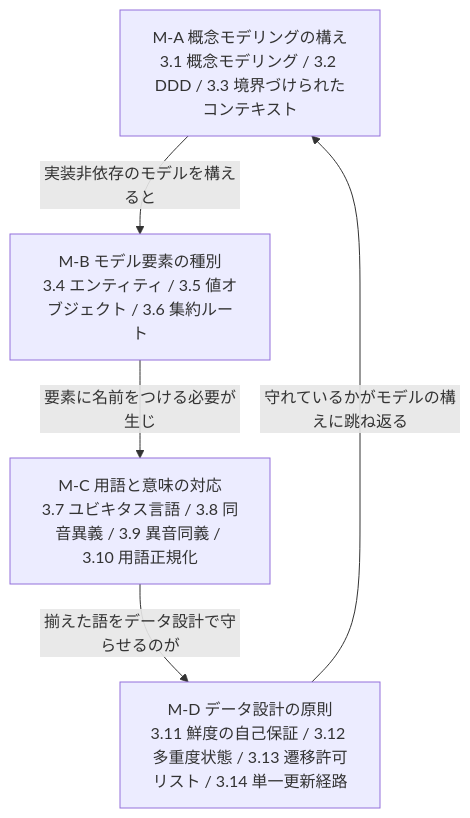
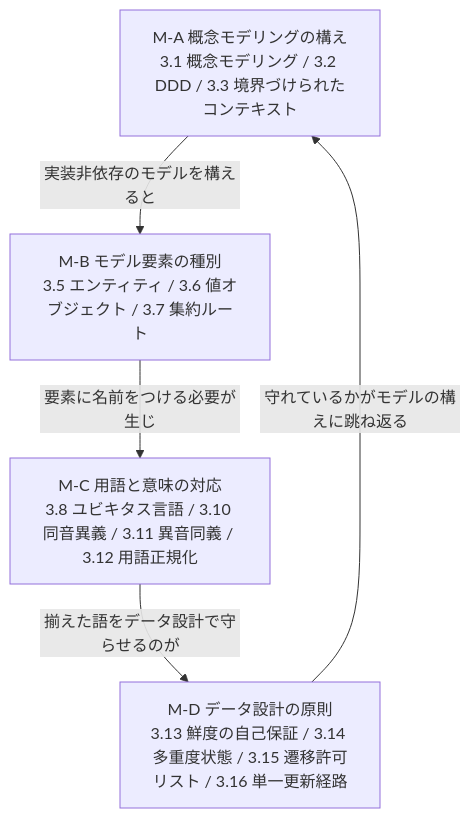
The first of 2 diagrams in pilot/partM-metavocabulary.md (yuubae215/my-dictionary), drawn with Mermaid before and after one commit. The commit also changed other lines of this file and 8 other files, not shown here.

````diff
--- a/pilot/partM-metavocabulary.md
+++ b/pilot/partM-metavocabulary.md
@@ -41,12 +43,12 @@
 ```mermaid
 flowchart TD
     A["M-A 概念モデリングの構え<br/>3.1 概念モデリング / 3.2 DDD / 3.3 境界づけられたコンテキスト"]
-    B["M-B モデル要素の種別<br/>3.4 エンティティ / 3.5 値オブジェクト / 3.6 集約ルート"]
-    C["M-C 用語と意味の対応<br/>3.7 ユビキタス言語 / 3.8 同音異義 / 3.9 異音同義 / 3.10 用語正規化"]
-    D["M-D データ設計の原則<br/>3.11 鮮度の自己保証 / 3.12 多重度状態 / 3.13 遷移許可リスト / 3.14 単一更新経路"]
+    B["M-B モデル要素の種別<br/>3.5 エンティティ / 3.6 値オブジェクト / 3.7 集約ルート"]
+    C["M-C 用語と意味の対応<br/>3.8 ユビキタス言語 / 3.10 同音異義 / 3.11 異音同義 / 3.12 用語正規化"]
+    D["M-D データ設計の原則<br/>3.13 鮮度の自己保証 / 3.14 多重度状態 / 3.15 遷移許可リスト / 3.16 単一更新経路"]
 
     A -->|"実装非依存のモデルを構えると"| B
     B -->|"要素に名前をつける必要が生じ"| C
     C -->|"揃えた語をデータ設計で守らせるのが"| D
     D -->|"守れているかがモデルの構えに跳ね返る"| A
 ```
````
